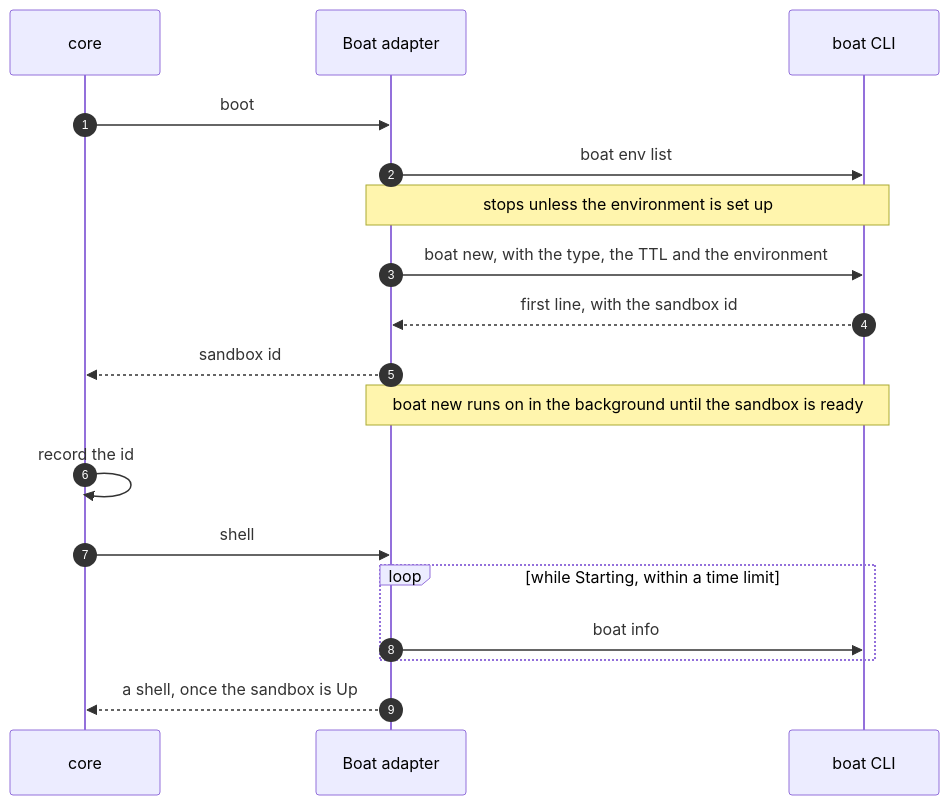
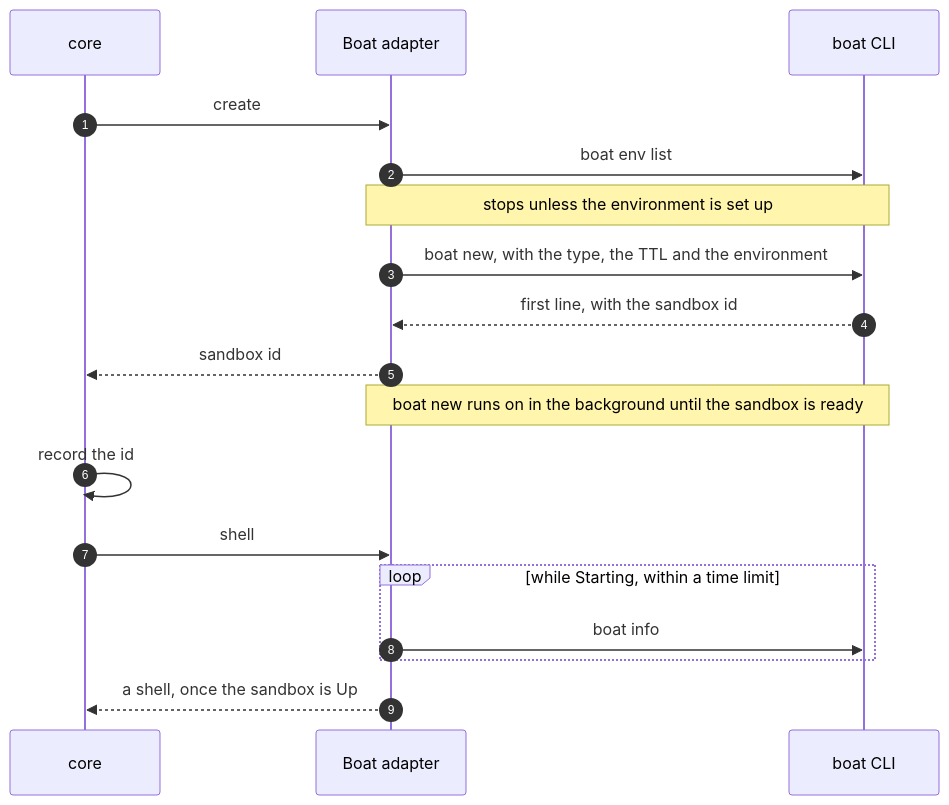
The fourth of 10 diagrams in docs/providers/boat.md (NextNodeSolutions/workspace), drawn with Mermaid before and after one commit. The commit also changed other lines of this file and 28 other files, not shown here.

````diff
--- a/docs/providers/boat.md
+++ b/docs/providers/boat.md
@@ -112,20 +115,20 @@
 ```mermaid
 sequenceDiagram
     autonumber
     participant Core as core
     participant A as Boat adapter
     participant B as boat CLI
-    Core->>A: boot
+    Core->>A: create
     A->>B: boat env list
     Note over A,B: stops unless the environment is set up
     A->>B: boat new, with the type, the TTL and the environment
     B-->>A: first line, with the sandbox id
     A-->>Core: sandbox id
     Note over A,B: boat new runs on in the background until the sandbox is ready
     Core->>Core: record the id
     Core->>A: shell
     loop while Starting, within a time limit
         A->>B: boat info
     end
     A-->>Core: a shell, once the sandbox is Up
 ```
````
